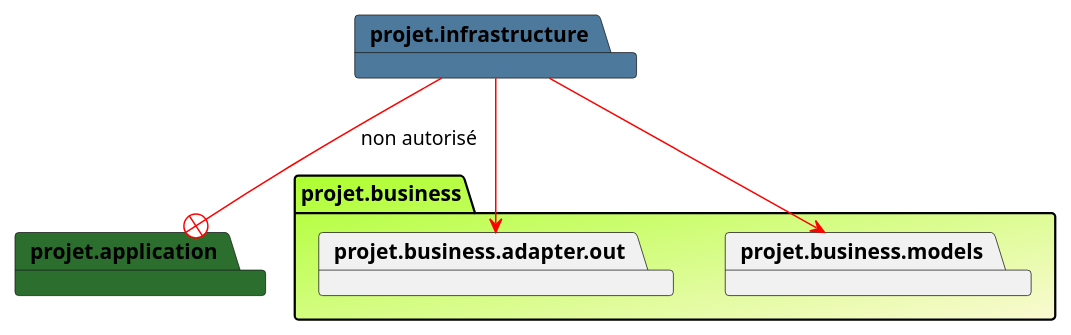
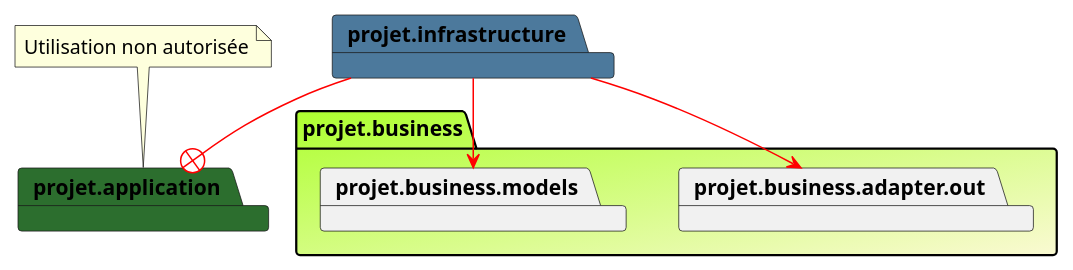
The second of 5 diagrams in readme.md (stef38-code/structureProjet), drawn with PlantUML before and after one commit. The commit also changed other lines of this file, not shown here.

````diff
--- a/readme.md
+++ b/readme.md
@@ -66,18 +72,21 @@
 ```plantuml
 @startuml
 
 package projet.business #GreenYellow/LightGoldenRodYellow {
-package projet.business.adapter.out
+package projet.business.adapter.out 
 package projet.business.models
 }
 package projet.application #2C6E2E {
 
 }
 package projet.infrastructure #4C799C {
 
 }
-projet.infrastructure -[#red]-+ projet.application  : non autorisé
 projet.infrastructure -[#red]-> projet.business.adapter.out  
 projet.infrastructure -[#red]-> projet.business.models  
+projet.infrastructure -[#red]-+ projet.application  
+note top of projet.application
+Utilisation non autorisée
+end note
 @enduml
 ```
````
